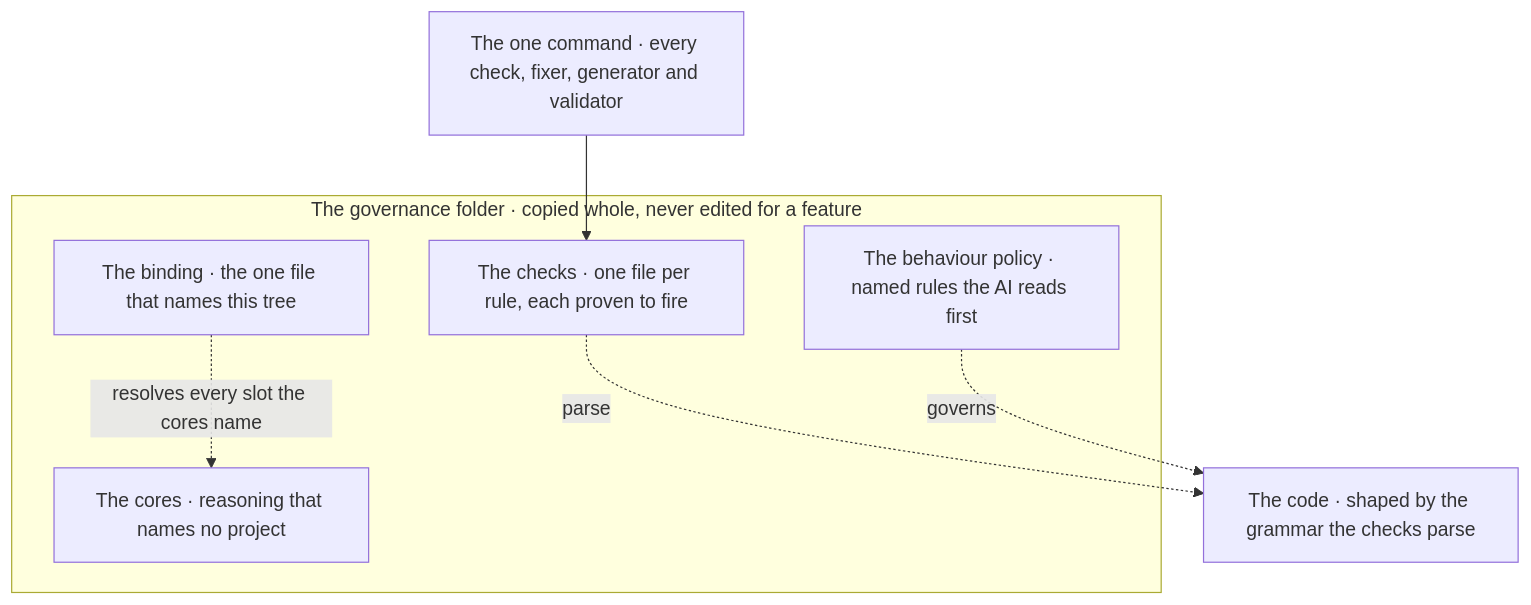
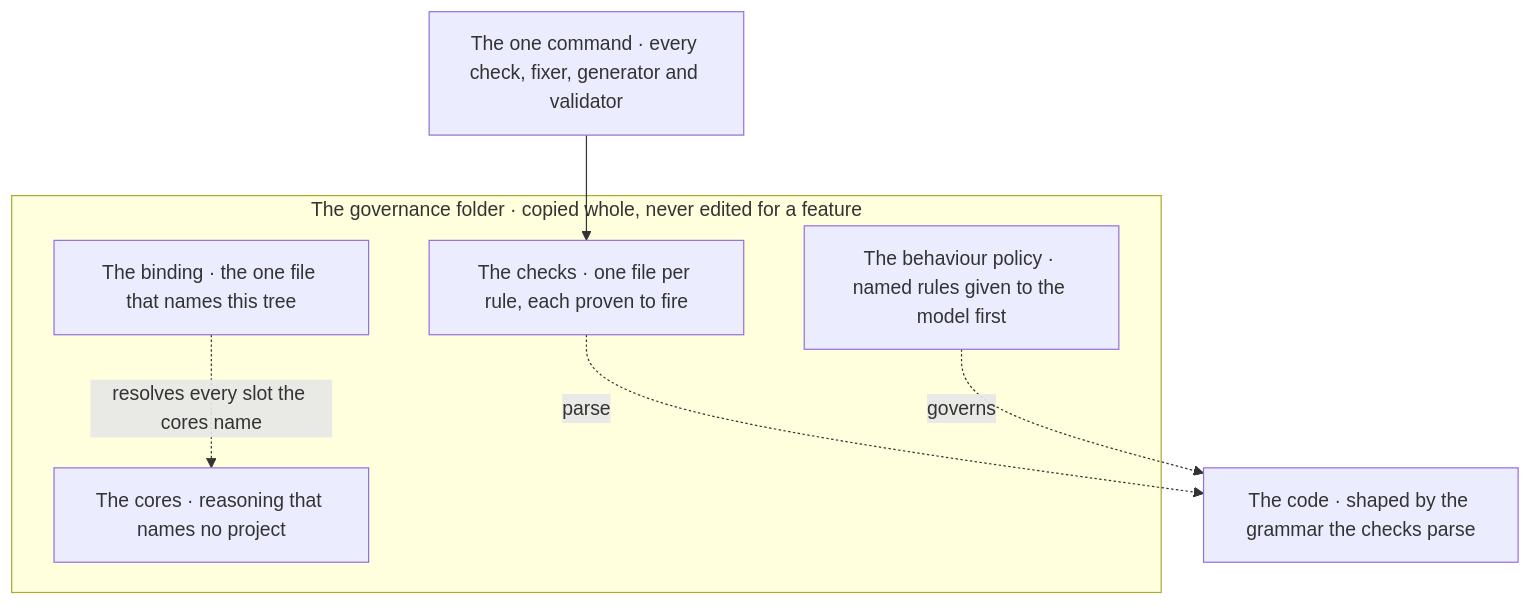
Diagram 14 of 15 in START.md (Varietyz/Disciplined-AI-Software-Development), drawn with Mermaid before and after one commit. The commit also changed other lines of this file and 25 other files, not shown here.

````diff
--- a/START.md
+++ b/START.md
@@ -640,15 +610,15 @@
 ```mermaid
 flowchart TB
 subgraph governance["The governance folder · copied whole, never edited for a feature"]
-policy["The behaviour policy · named rules the AI reads first"]
+policy["The behaviour policy · named rules given to the model first"]
 checks["The checks · one file per rule, each proven to fire"]
 cores["The cores · reasoning that names no project"]
 binding["The binding · the one file that names this tree"]
 end
 code["The code · shaped by the grammar the checks parse"]
 command["The one command · every check, fixer, generator and validator"]
 binding -. resolves every slot the cores name .-> cores
 checks -. parse .-> code
 command --> checks
 policy -. governs .-> code
 ```
````
